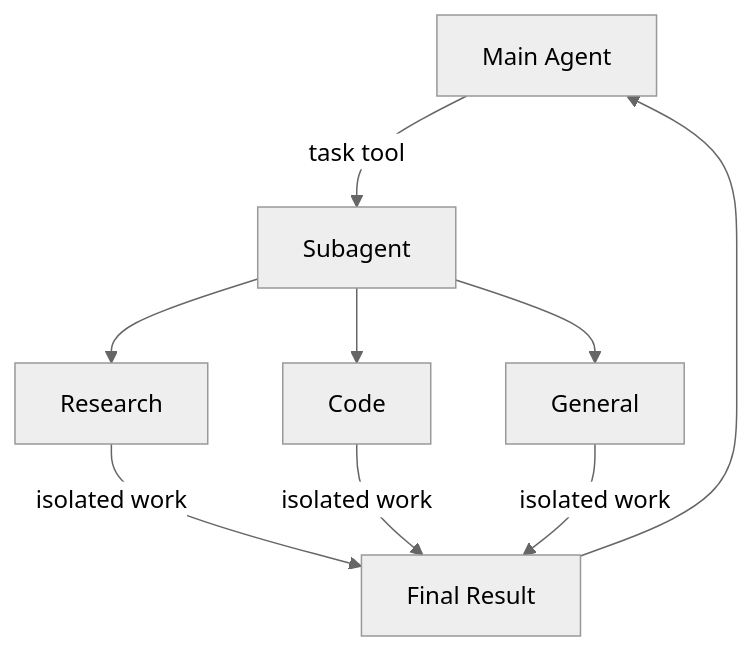
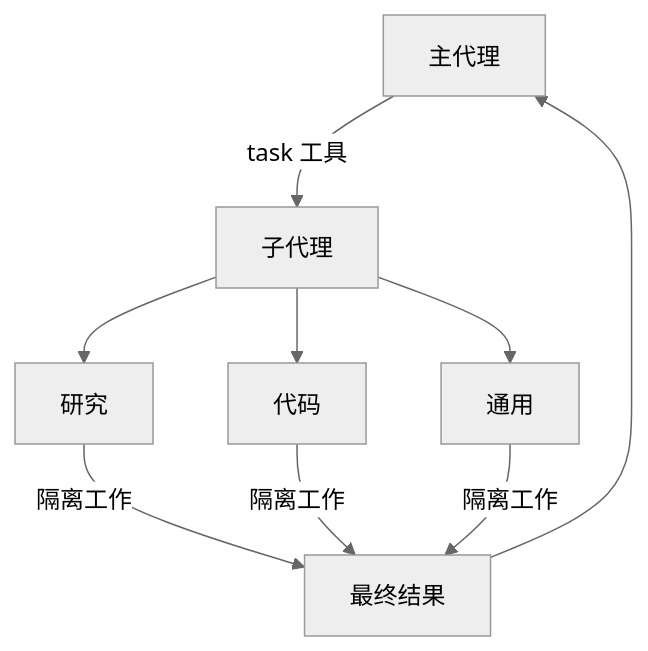
The diagram in oss/javascript/deepagents/subagents.mdx (kunfan96/cndocs-langchain), drawn with Mermaid (neutral theme) before and after one commit. The commit also changed other lines of this file and 2498 other files, not shown here.

````diff
--- a/oss/javascript/deepagents/subagents.mdx
+++ b/oss/javascript/deepagents/subagents.mdx
@@ -13,14 +13,14 @@
 ```mermaid
 graph TB
-    Main[Main Agent] --> |task tool| Sub[Subagent]
+    Main[主代理] --> |task 工具| Sub[子代理]
 
-    Sub --> Research[Research]
-    Sub --> Code[Code]
-    Sub --> General[General]
+    Sub --> Research[研究]
+    Sub --> Code[代码]
+    Sub --> General[通用]
 
-    Research --> |isolated work| Result[Final Result]
-    Code --> |isolated work| Result
-    General --> |isolated work| Result
+    Research --> |隔离工作| Result[最终结果]
+    Code --> |隔离工作| Result
+    General --> |隔离工作| Result
 
     Result --> Main
 ```
````
